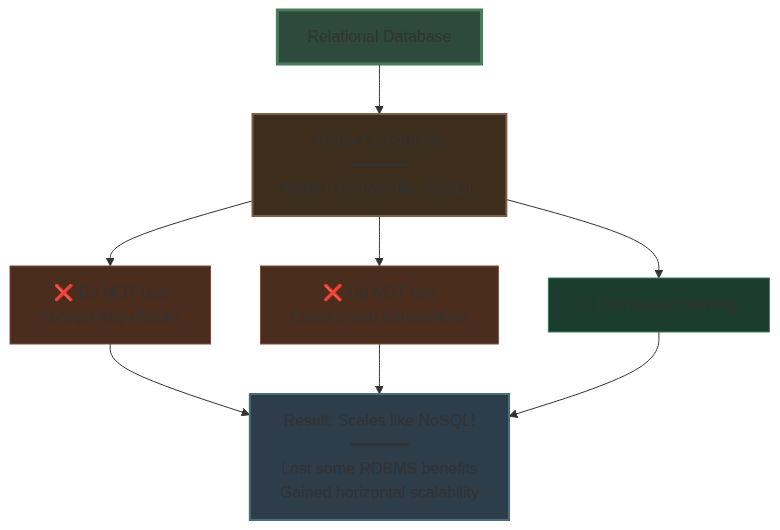
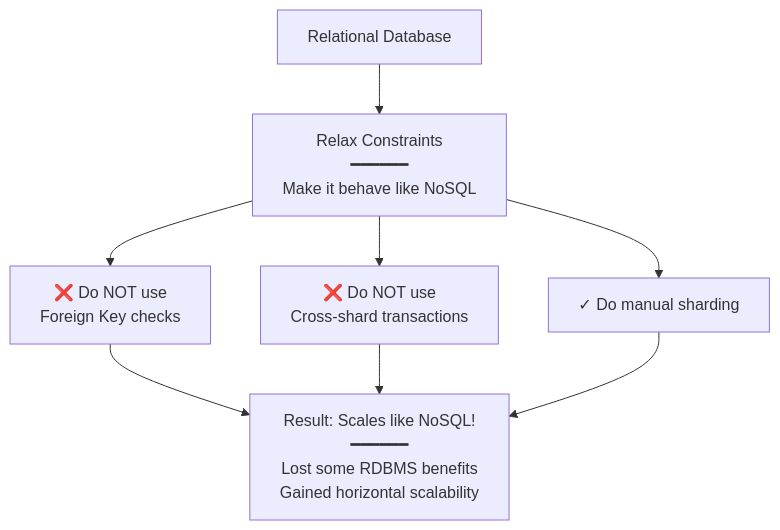
The fifth of 21 diagrams in system design beginner/10. Picking the right database.md (Yash-Kavaiya/The-System-Design-Masterclass), drawn with Mermaid before and after one commit. The commit also changed other lines of this file, not shown here.

````diff
--- a/system design beginner/10. Picking the right database.md
+++ b/system design beginner/10. Picking the right database.md
@@ -139,25 +125,19 @@
 ```mermaid
 graph TB
     REL[Relational Database]
     
     REL --> RELAX[Relax Constraints<br/>━━━━━━<br/>Make it behave like NoSQL]
     
     RELAX --> STEP1[❌ Do NOT use<br/>Foreign Key checks]
     
     RELAX --> STEP2[❌ Do NOT use<br/>Cross-shard transactions]
     
     RELAX --> STEP3[✓ Do manual sharding]
     
     RESULT[Result: Scales like NoSQL!<br/>━━━━━━<br/>Lost some RDBMS benefits<br/>Gained horizontal scalability]
     
     STEP1 --> RESULT
     STEP2 --> RESULT
     STEP3 --> RESULT
     
-    style REL fill:#2d4a3c,stroke:#4a7c5c,stroke-width:3px
-    style RELAX fill:#3d2d1c,stroke:#7c5d4a,stroke-width:2px
-    style STEP1 fill:#4a2d1c,stroke:#7c4a3c
-    style STEP2 fill:#4a2d1c,stroke:#7c4a3c
-    style STEP3 fill:#1c3d2d,stroke:#3c7c5c
-    style RESULT fill:#2d3d4a,stroke:#4a6d7c,stroke-width:2px
 ```
````
